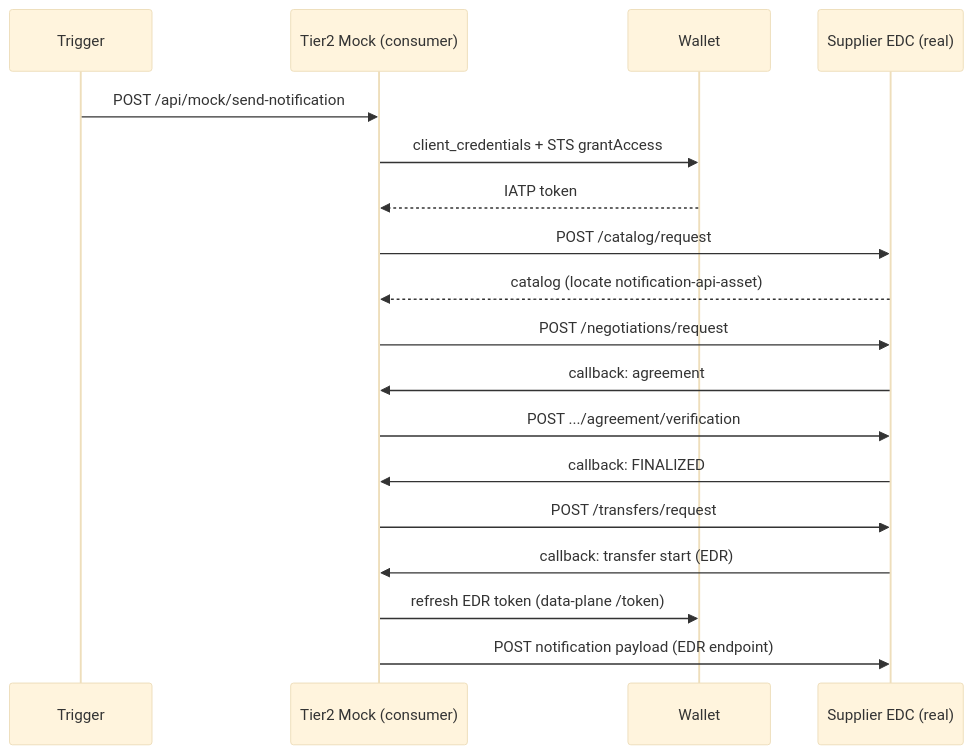
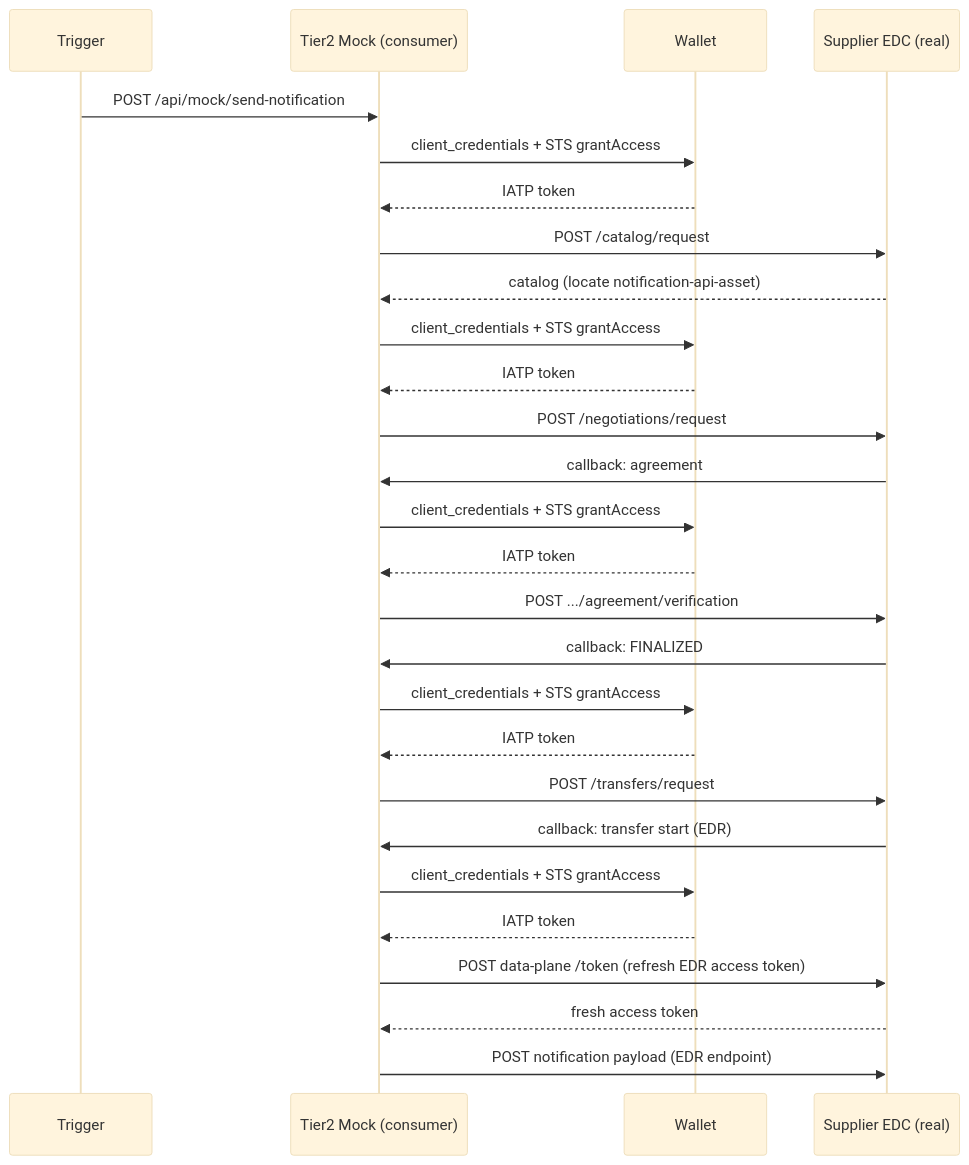
One commit to eclipse-tractusx/puris changed the second of 2 diagrams in docs/mock-participant.md. Above: the diagram before and after it, drawn with Mermaid (base theme). The commit also changed other lines of this file, not shown here.

````diff
--- a/docs/mock-participant.md
+++ b/docs/mock-participant.md
@@ -115,20 +158,36 @@
 ```mermaid
 sequenceDiagram
   participant Dev as Trigger
   participant M as Tier2 Mock (consumer)
   participant W as Wallet
   participant SE as Supplier EDC (real)
+
   Dev->>M: POST /api/mock/send-notification
+
   M->>W: client_credentials + STS grantAccess
   W-->>M: IATP token
   M->>SE: POST /catalog/request
   SE-->>M: catalog (locate notification-api-asset)
+
+  M->>W: client_credentials + STS grantAccess
+  W-->>M: IATP token
   M->>SE: POST /negotiations/request
   SE->>M: callback: agreement
+
+  M->>W: client_credentials + STS grantAccess
+  W-->>M: IATP token
   M->>SE: POST .../agreement/verification
   SE->>M: callback: FINALIZED
+
+  M->>W: client_credentials + STS grantAccess
+  W-->>M: IATP token
   M->>SE: POST /transfers/request
   SE->>M: callback: transfer start (EDR)
-  M->>W: refresh EDR token (data-plane /token)
+
+  M->>W: client_credentials + STS grantAccess
+  W-->>M: IATP token
+  M->>SE: POST data-plane /token (refresh EDR access token)
+  SE-->>M: fresh access token
+
   M->>SE: POST notification payload (EDR endpoint)
 ```
````
